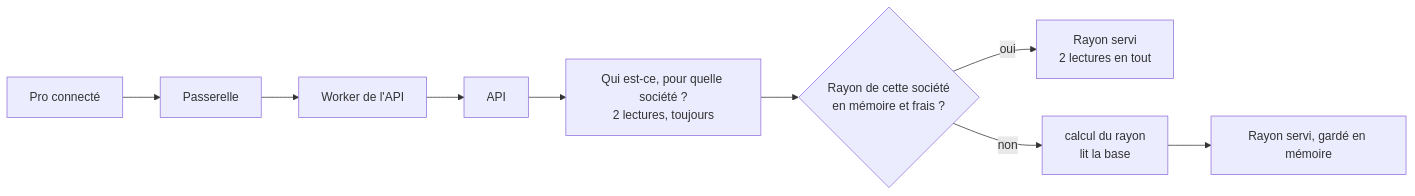
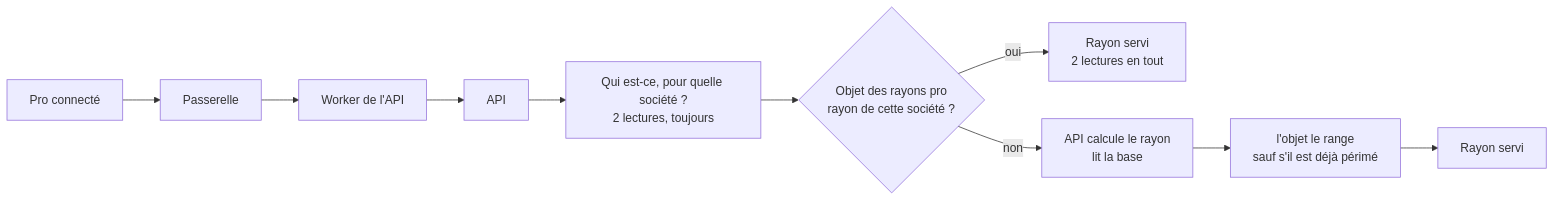
One commit to hugoheynard/lfd changed the second of 3 diagrams in documentation/pricing/moteur/plan-cache-du-catalogue.md. Above: the diagram before and after it, drawn with Mermaid. The commit also changed other lines of this file, not shown here.

````diff
--- a/documentation/pricing/moteur/plan-cache-du-catalogue.md
+++ b/documentation/pricing/moteur/plan-cache-du-catalogue.md
@@ -51,11 +46,12 @@
 ```mermaid
 flowchart LR
   P["Pro connecté"] --> G["Passerelle"]
   G --> W["Worker de l'API"]
   W --> A["API"]
   A --> D["Qui est-ce, pour quelle société ?<br/>2 lectures, toujours"]
-  D --> M{"Rayon de cette société<br/>en mémoire et frais ?"}
-  M -->|"oui"| R1["Rayon servi<br/>2 lectures en tout"]
-  M -->|"non"| C["calcul du rayon<br/>lit la base"]
-  C --> R2["Rayon servi, gardé en mémoire"]
+  D --> O{"Objet des rayons pro<br/>rayon de cette société ?"}
+  O -->|"oui"| R1["Rayon servi<br/>2 lectures en tout"]
+  O -->|"non"| C["API calcule le rayon<br/>lit la base"]
+  C --> S["l'objet le range<br/>sauf s'il est déjà périmé"]
+  S --> R2["Rayon servi"]
 ```
````
